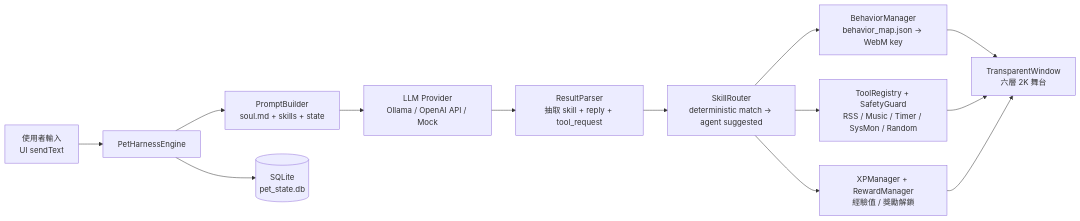
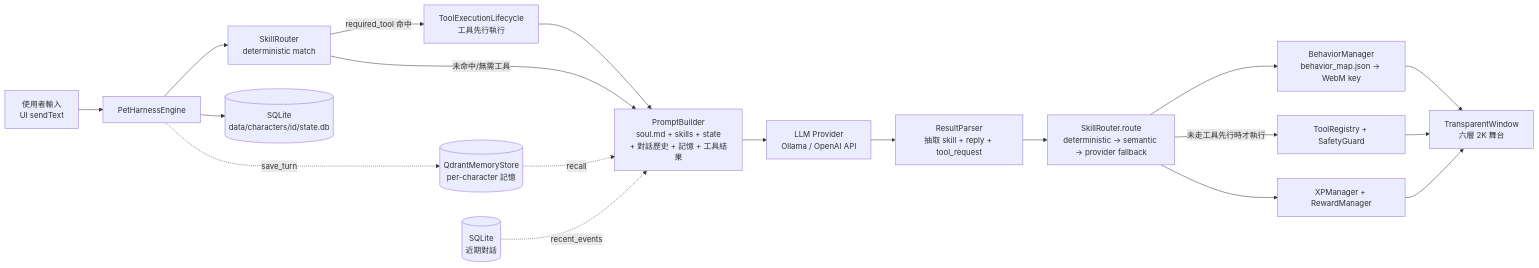
Before and after one commit to Jason25684531/Virtual-Pet: the first of 2 diagrams in README.md, drawn with Mermaid. The commit also changed other lines of this file and 32 other files, not shown here.

````diff
--- a/README.md
+++ b/README.md
@@ -26,18 +25,26 @@
 ```mermaid
 flowchart LR
     USER[使用者輸入<br>UI sendText] --> ENGINE[PetHarnessEngine]
 
-    ENGINE --> PROMPT[PromptBuilder<br>soul.md + skills + state]
-    PROMPT --> LLM[LLM Provider<br>Ollama / OpenAI API / Mock]
+    ENGINE --> ROUTE0[SkillRouter<br>deterministic match]
+    ROUTE0 -- required_tool 命中 --> TOOLFIRST[ToolExecutionLifecycle<br>工具先行執行]
+    TOOLFIRST --> PROMPT
+    ROUTE0 -- 未命中/無需工具 --> PROMPT
+
+    MEM[(QdrantMemoryStore<br>per-character 記憶)] -. recall .-> PROMPT
+    HIST[(SQLite<br>近期對話)] -. recent_events .-> PROMPT
+
+    PROMPT[PromptBuilder<br>soul.md + skills + state<br>+ 對話歷史 + 記憶 + 工具結果] --> LLM[LLM Provider<br>Ollama / OpenAI API]
     LLM --> PARSER[ResultParser<br>抽取 skill + reply + tool_request]
 
-    PARSER --> ROUTER[SkillRouter<br>deterministic match → agent suggested]
+    PARSER --> ROUTER[SkillRouter.route<br>deterministic → semantic → provider fallback]
+    ROUTER -- 未走工具先行時才執行 --> TOOLS[ToolRegistry + SafetyGuard]
     ROUTER --> BEHAVIOR[BehaviorManager<br>behavior_map.json → WebM key]
-    ROUTER --> TOOLS[ToolRegistry + SafetyGuard<br>RSS / Music / Timer / SysMon / Random]
-    ROUTER --> XP[XPManager + RewardManager<br>經驗值 / 獎勵解鎖]
+    ROUTER --> XP[XPManager + RewardManager]
 
     BEHAVIOR --> UI[TransparentWindow<br>六層 2K 舞台]
     TOOLS --> UI
     XP --> UI
-    ENGINE --> DB[(SQLite<br>pet_state.db)]
+    ENGINE --> DB[(SQLite<br>data/characters/id/state.db)]
+    ENGINE -. save_turn .-> MEM
 ```
````
